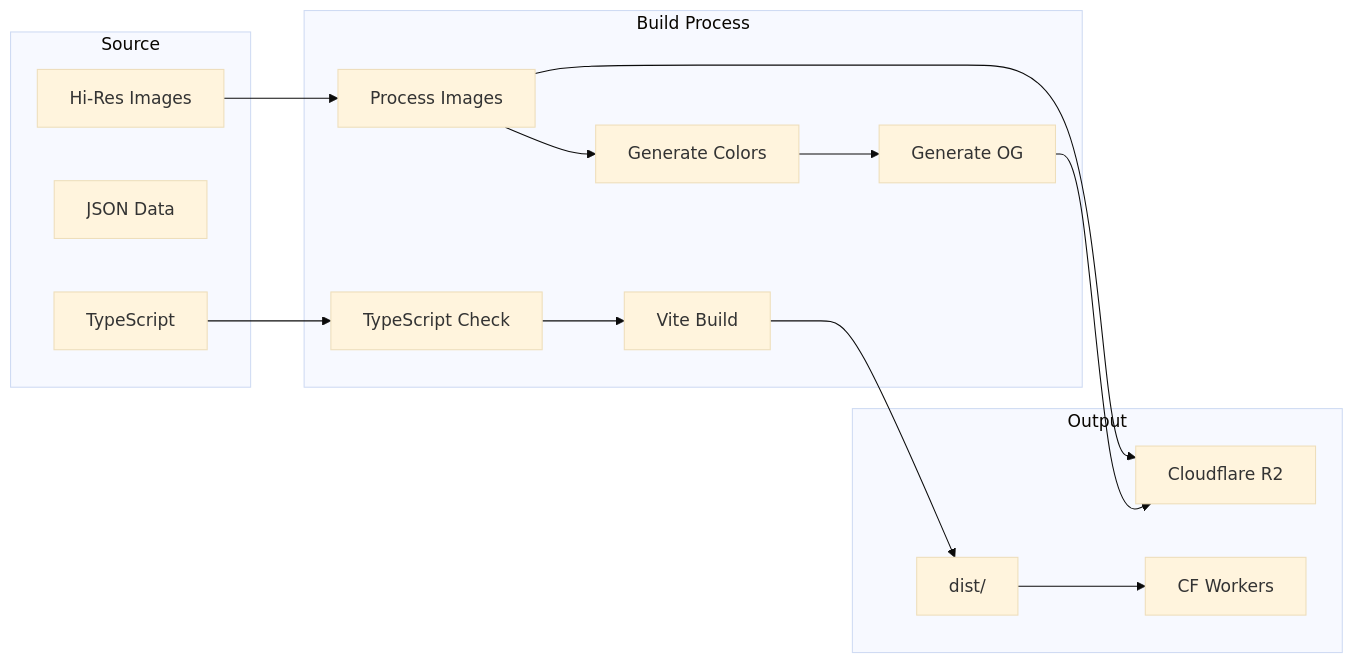
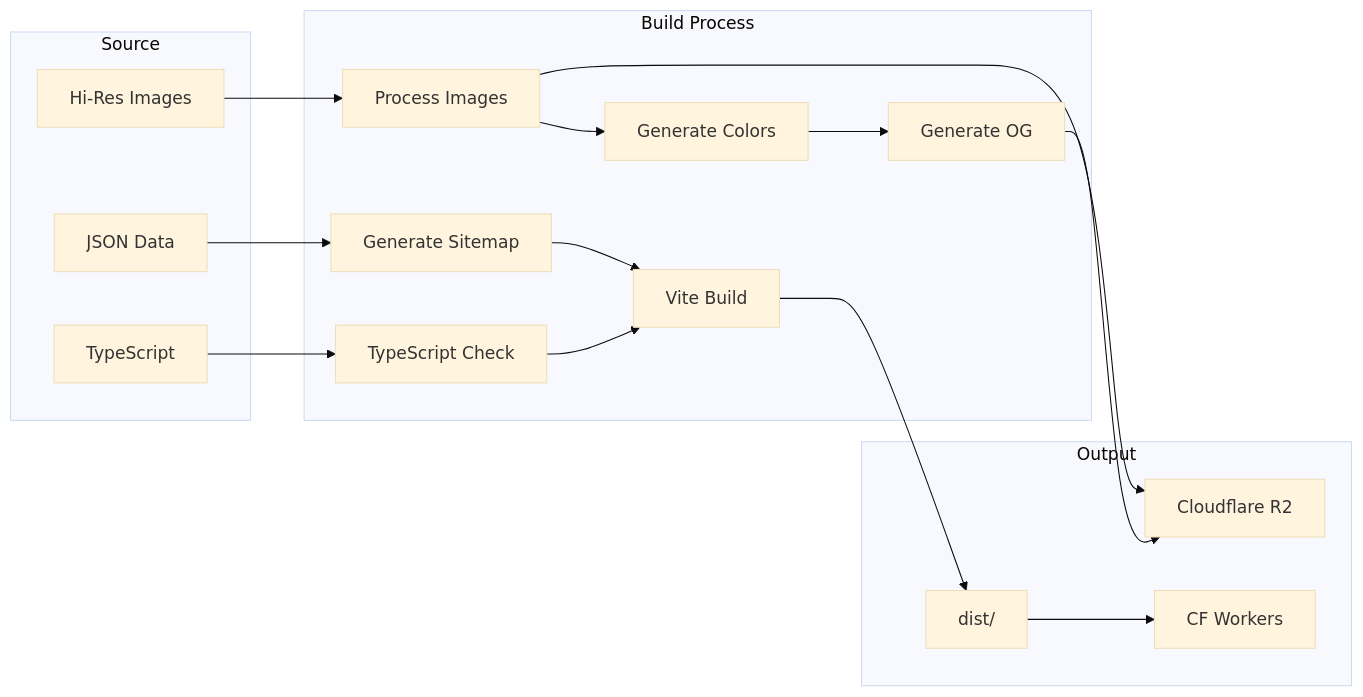
One commit to russmckendrick/russ-fm changed the first of 2 diagrams in docs/build-pipeline/README.md. Above: the diagram before and after it, drawn with Mermaid (base theme). The commit also changed other lines of this file and 5 other files, not shown here.

First line of the commit message:
feat: add script to generate sitemap for the site

````diff
--- a/docs/build-pipeline/README.md
+++ b/docs/build-pipeline/README.md
@@ -14,34 +14,37 @@
 ```mermaid
 flowchart LR
     subgraph Source["Source"]
         TS[TypeScript]
         JSON[JSON Data]
         Images[Hi-Res Images]
     end
 
     subgraph Build["Build Process"]
+        Sitemap[Generate Sitemap]
         TSC[TypeScript Check]
         Vite[Vite Build]
         Process[Process Images]
         Colors[Generate Colors]
         OG[Generate OG]
     end
 
     subgraph Output["Output"]
         Dist[dist/]
         R2[Cloudflare R2]
         Workers[CF Workers]
     end
 
+    JSON --> Sitemap
+    Sitemap --> Vite
     TS --> TSC
     TSC --> Vite
     Vite --> Dist
 
     Images --> Process
     Process --> Colors
     Colors --> OG
 
     Dist --> Workers
     Process --> R2
     OG --> R2
 ```
````
